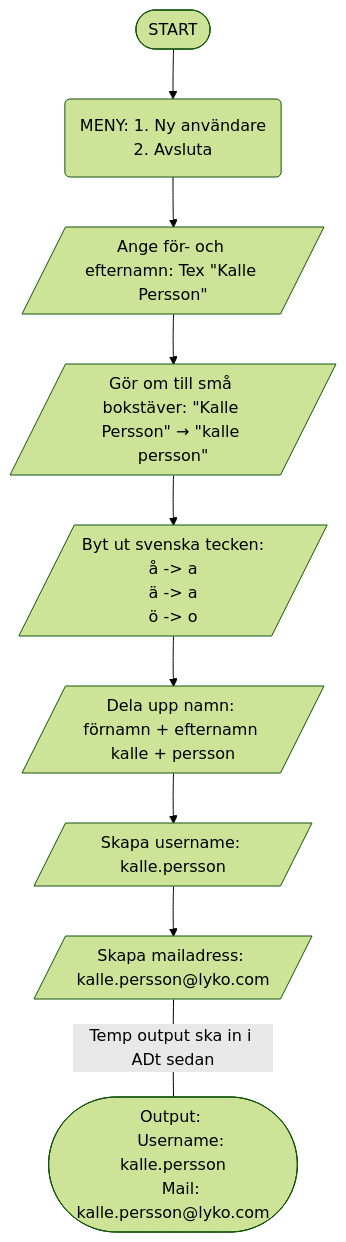
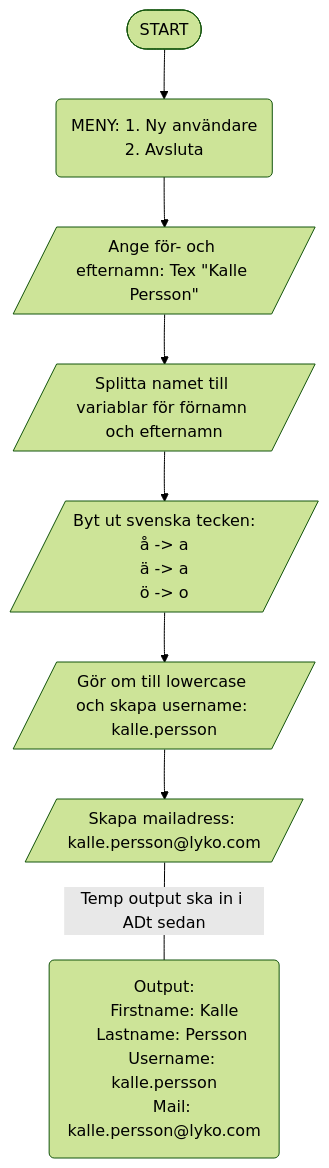
The diagram in diagrams/user-flow.md (krilleee/LIA-ADusers), drawn with Mermaid (forest theme) before and after one commit.

Commit message:
Added firsname, lastname variable step and removed some unnecessary steps

````diff
--- a/diagrams/user-flow.md
+++ b/diagrams/user-flow.md
@@ -1,27 +1,27 @@
 ```mermaid
 flowchart TD
     START([START])
     MENU(MENY: 1. Ny användare 
     2. Avsluta)
     INPUT[/Ange för- och efternamn: Tex "Kalle Persson"/]
-    LOWERCASE[/Gör om till små bokstäver: "Kalle Persson" → "kalle persson"/]
+    NAMESPLIT[/Splitta namet till variablar för förnamn och efternamn/]
     SWEDISH[/Byt ut svenska tecken: 
     å -> a 
     ä -> a 
     ö -> o/]
-    SPLIT[/Dela upp namn: förnamn + efternamn kalle + persson/]
-    USERNAME[/Skapa username: kalle.persson/]
+    USERNAME[/Gör om till lowercase och skapa username: kalle.persson/]
     EMAIL[/Skapa mailadress: kalle.persson@lyko.com/]
-    OUTPUT([Output: 
+    OUTPUT(Output:
+    Firstname: Kalle
+    Lastname: Persson 
     Username: kalle.persson
-    Mail: kalle.persson@lyko.com])
+    Mail: kalle.persson@lyko.com)
 
     START --> MENU
     MENU --> INPUT
-    INPUT --> LOWERCASE
-    LOWERCASE --> SWEDISH
-    SWEDISH --> SPLIT
-    SPLIT --> USERNAME
+    INPUT --> NAMESPLIT
+    NAMESPLIT --> SWEDISH
+    SWEDISH --> USERNAME
     USERNAME --> EMAIL
     EMAIL-- Temp output ska in i ADt sedan ---OUTPUT
 ```
````
